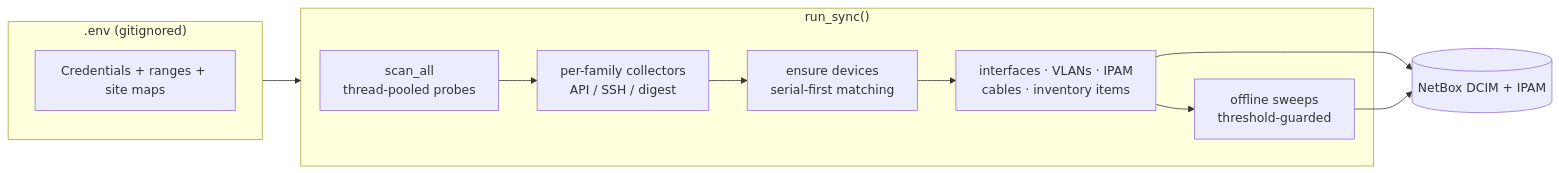
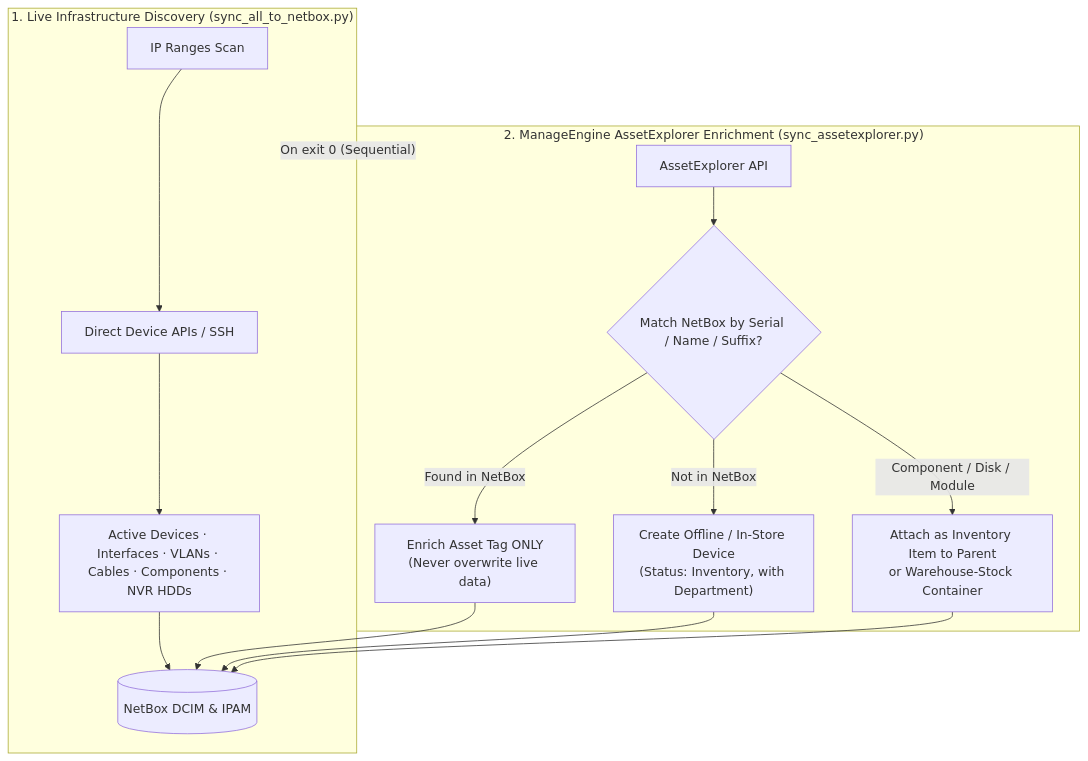
One commit to sinazebarjadi/netbox-sync changed the diagram in README.md. Above: the diagram before and after it, drawn with Mermaid. The commit also changed other lines of this file, not shown here.

Commit message:
README: comprehensive architecture update covering live discovery, ManageEngine sync, NVR HDDs, automated daily pipeline, and test counts

````diff
--- a/README.md
+++ b/README.md
@@ -166,15 +53,20 @@
 ```mermaid
-flowchart LR
-    subgraph cfg[".env (gitignored)"]
-        A[Credentials + ranges + site maps]
+flowchart TD
+    subgraph S1["1. Live Infrastructure Discovery (sync_all_to_netbox.py)"]
+        A[IP Ranges Scan] --> B[Direct Device APIs / SSH]
+        B --> C[Active Devices · Interfaces · VLANs · Cables · Components · NVR HDDs]
+        C --> D[(NetBox DCIM & IPAM)]
     end
-    subgraph run["run_sync()"]
-        B[scan_all<br/>thread-pooled probes] --> C[per-family collectors<br/>API / SSH / digest]
-        C --> D[ensure devices<br/>serial-first matching]
-        D --> E[interfaces · VLANs · IPAM<br/>cables · inventory items]
-        E --> F[offline sweeps<br/>threshold-guarded]
+
+    subgraph S2["2. ManageEngine AssetExplorer Enrichment (sync_assetexplorer.py)"]
+        E[AssetExplorer API] --> F{Match NetBox by Serial / Name / Suffix?}
+        F -- "Found in NetBox" --> G["Enrich Asset Tag ONLY<br/>(Never overwrite live data)"]
+        F -- "Not in NetBox" --> H["Create Offline / In-Store Device<br/>(Status: Inventory, with Department)"]
+        F -- "Component / Disk / Module" --> I["Attach as Inventory Item to Parent<br/>or Warehouse-Stock Container"]
+        G --> D
+        H --> D
+        I --> D
     end
-    cfg --> run
-    E --> G[(NetBox DCIM + IPAM)]
-    F --> G
+
+    S1 -->|"On exit 0 (Sequential)"| S2
 ```
````
